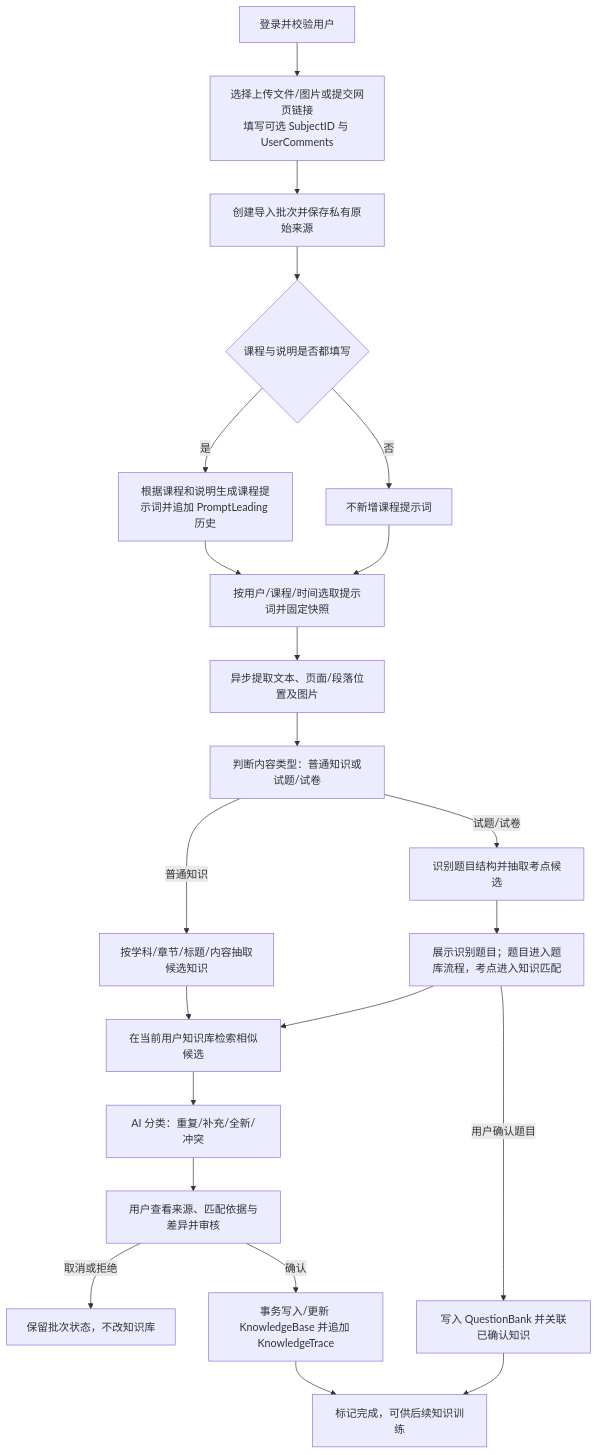
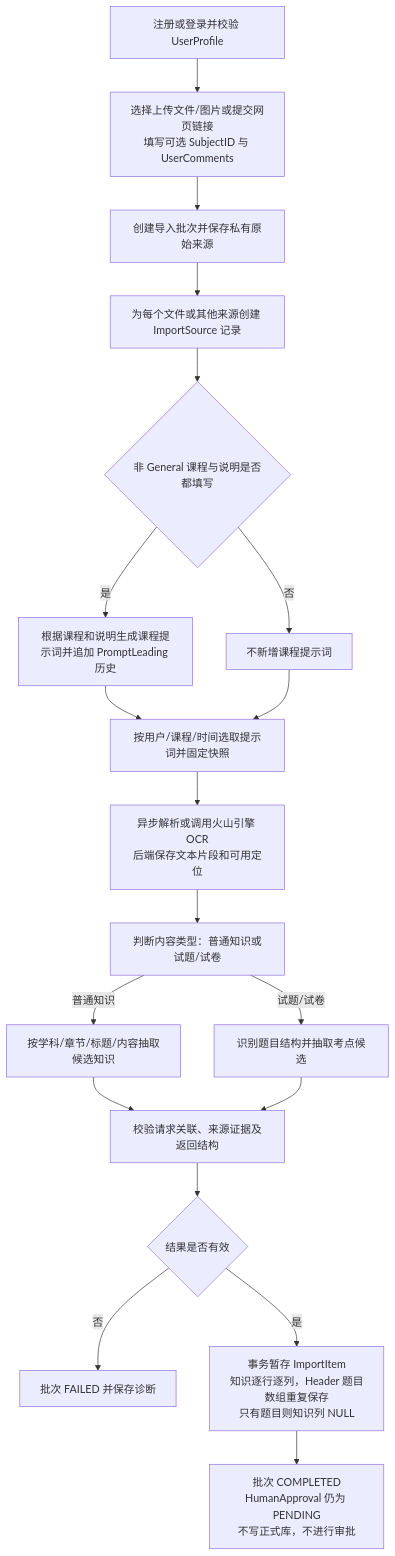
Before and after one commit to KevinZhu2025/learningmachine: the diagram in 知识导入与整合流程模块设计.md, drawn with Mermaid. The commit also changed other lines of this file and 23 other files, not shown here.

````diff
--- a/知识导入与整合流程模块设计.md
+++ b/知识导入与整合流程模块设计.md
@@ -38,24 +50,21 @@
 ```mermaid
 flowchart TD
-    A[登录并校验用户] --> B[选择上传文件/图片或提交网页链接<br/>填写可选 SubjectID 与 UserComments]
+    A[注册或登录并校验 UserProfile] --> B[选择上传文件/图片或提交网页链接<br/>填写可选 SubjectID 与 UserComments]
     B --> C[创建导入批次并保存私有原始来源]
-    C --> P{课程与说明是否都填写}
+    C --> T[为每个文件或其他来源创建 ImportSource 记录]
+    T --> P{非 General 课程与说明是否都填写}
     P -->|是| Q[根据课程和说明生成课程提示词并追加 PromptLeading 历史]
     P -->|否| R[不新增课程提示词]
     Q --> S[按用户/课程/时间选取提示词并固定快照]
     R --> S
-    S --> D[异步提取文本、页面/段落位置及图片]
+    S --> D[异步解析或调用火山引擎 OCR<br/>后端保存文本片段和可用定位]
     D --> E[判断内容类型：普通知识或试题/试卷]
     E -->|普通知识| F[按学科/章节/标题/内容抽取候选知识]
     E -->|试题/试卷| G[识别题目结构并抽取考点候选]
-    F --> H[在当前用户知识库检索相似候选]
-    G --> I[展示识别题目；题目进入题库流程，考点进入知识匹配]
-    H --> J[AI 分类：重复/补充/全新/冲突]
-    I --> H
-    J --> K[用户查看来源、匹配依据与差异并审核]
-    K -->|取消或拒绝| L[保留批次状态，不改知识库]
-    K -->|确认| M[事务写入/更新 KnowledgeBase 并追加 KnowledgeTrace]
-    I -->|用户确认题目| N[写入 QuestionBank 并关联已确认知识]
-    M --> O[标记完成，可供后续知识训练]
-    N --> O
+    F --> H[校验请求关联、来源证据及返回结构]
+    G --> H
+    H --> J{结果是否有效}
+    J -->|否| X[批次 FAILED 并保存诊断]
+    J -->|是| K[事务暂存 ImportItem<br/>知识逐行逐列，Header 题目数组重复保存<br/>只有题目则知识列 NULL]
+    K --> O[批次 COMPLETED<br/>HumanApproval 仍为 PENDING<br/>不写正式库，不进行审批]
 ```
````
